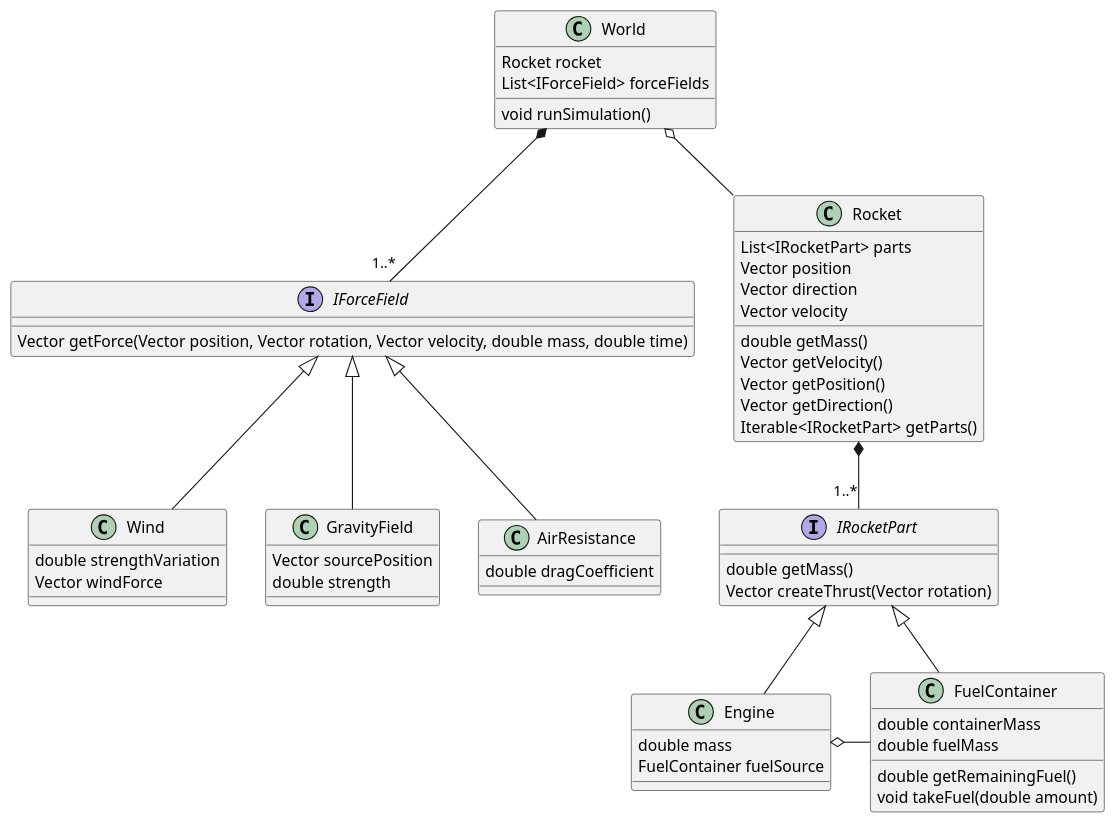
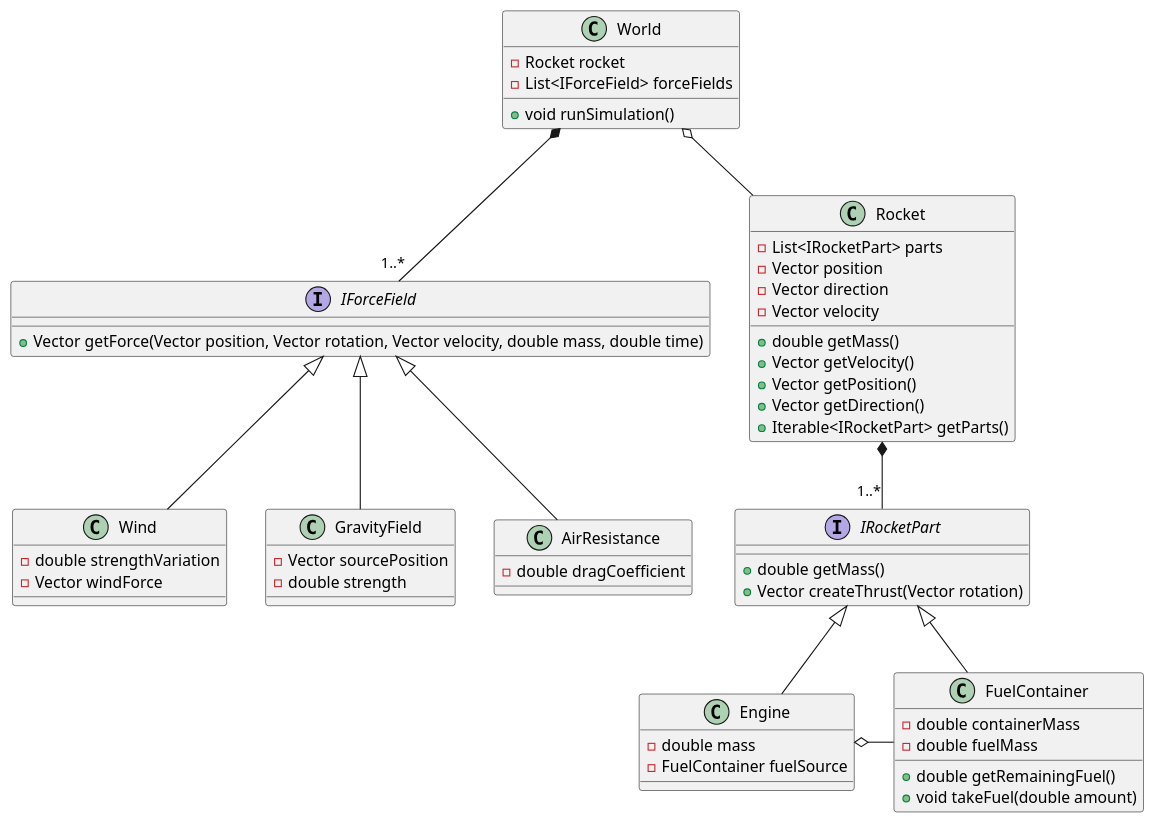
Before and after one commit to szyminson/oop-project: the diagram in docs/uml.puml, drawn with PlantUML.

Commit message:
Add access modifiers to UML

```diff
--- a/docs/uml.puml
+++ b/docs/uml.puml
@@ -1,74 +1,74 @@
 @startuml
 
 interface IRocketPart {
-  double getMass()
-  Vector createThrust(Vector rotation)
+  + double getMass()
+  + Vector createThrust(Vector rotation)
 }
 
 interface IForceField {
-  Vector getForce(Vector position, Vector rotation, Vector velocity, double mass, double time)
+  + Vector getForce(Vector position, Vector rotation, Vector velocity, double mass, double time)
 }
 
 class Wind {
-  double strengthVariation
-  Vector windForce
+  - double strengthVariation
+  - Vector windForce
 }
 
 class GravityField {
-  Vector sourcePosition
-  double strength
+  - Vector sourcePosition
+  - double strength
 }
 
 class AirResistance {
-  double dragCoefficient
+  - double dragCoefficient
 }
 
 
 World o-- Rocket
 World *-- "1..*" IForceField
 
 Rocket *-- "1..*" IRocketPart
 
 IForceField <|-- Wind
 IForceField <|-- GravityField
 IForceField <|-- AirResistance
 
 IRocketPart <|-- FuelContainer
 IRocketPart <|-- Engine
 
 Engine o- FuelContainer
 
 class Engine {
-  double mass
-  FuelContainer fuelSource
+  - double mass
+  - FuelContainer fuelSource
 }
 
 class FuelContainer {
-  double containerMass
-  double fuelMass
+  - double containerMass
+  - double fuelMass
 
-  double getRemainingFuel()
-  void takeFuel(double amount)
+  + double getRemainingFuel()
+  + void takeFuel(double amount)
 }
 
 class World {
-  Rocket rocket
-  List<IForceField> forceFields
+  - Rocket rocket
+  - List<IForceField> forceFields
 
-  void runSimulation()
+  + void runSimulation()
 }
 
 class Rocket {
-  List<IRocketPart> parts
-  Vector position
-  Vector direction
-  Vector velocity
+  - List<IRocketPart> parts
+  - Vector position
+  - Vector direction
+  - Vector velocity
 
-  double getMass()
-  Vector getVelocity()
-  Vector getPosition()
-  Vector getDirection()
-  Iterable<IRocketPart> getParts()
+  + double getMass()
+  + Vector getVelocity()
+  + Vector getPosition()
+  + Vector getDirection()
+  + Iterable<IRocketPart> getParts()
 }
 
 @enduml
```
